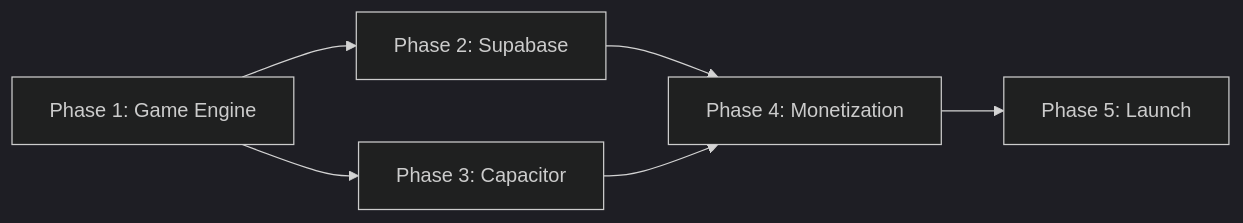
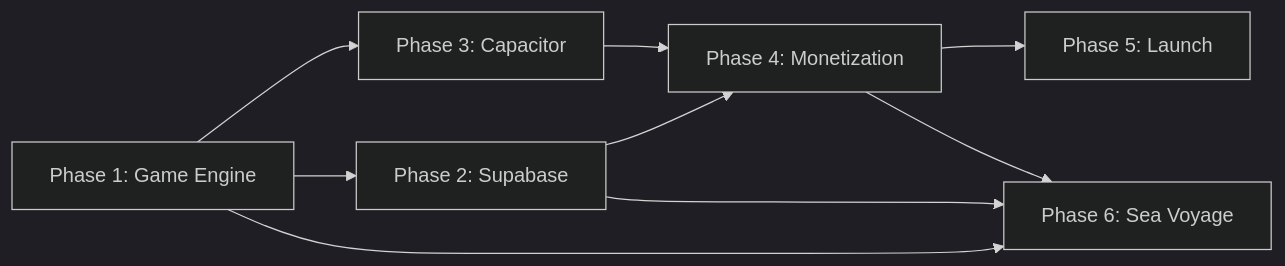
The diagram in docs/PLAN-cannon-cove.md (kampeynco/cannon-cove), drawn with Mermaid (dark theme) before and after one commit. The commit also changed other lines of this file and 6 other files, not shown here.

````diff
--- a/docs/PLAN-cannon-cove.md
+++ b/docs/PLAN-cannon-cove.md
@@ -322,8 +456,11 @@
 ```mermaid
 flowchart LR
     P1["Phase 1: Game Engine"] --> P2["Phase 2: Supabase"]
     P1 --> P3["Phase 3: Capacitor"]
     P2 --> P4["Phase 4: Monetization"]
     P3 --> P4
     P4 --> P5["Phase 5: Launch"]
+    P1 --> P6["Phase 6: Sea Voyage"]
+    P2 --> P6
+    P4 --> P6
 ```
````
